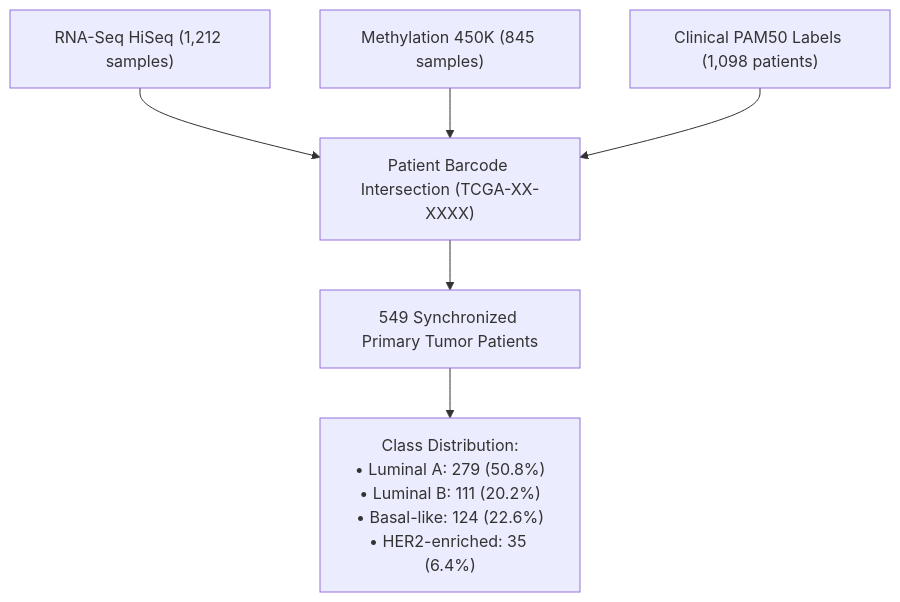
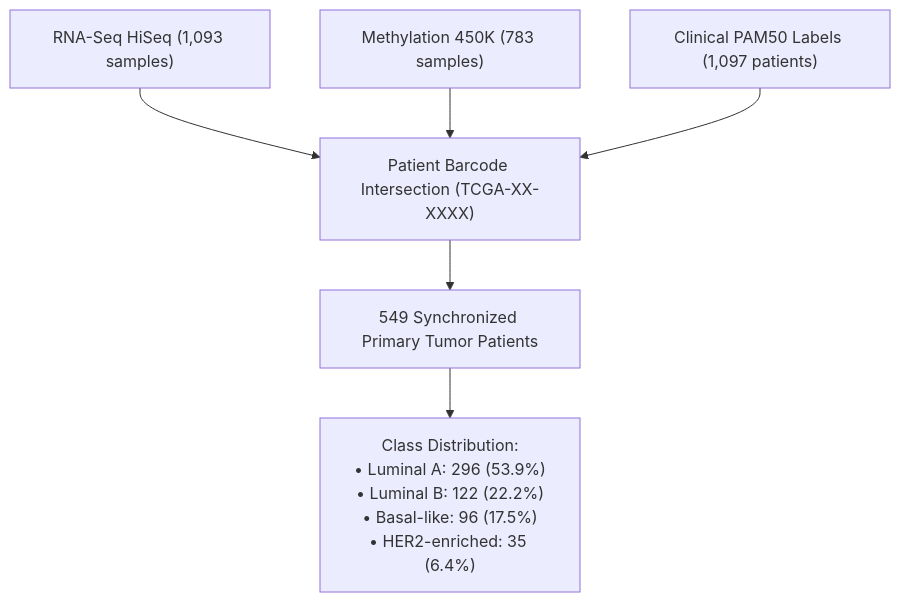
The diagram in data/README.md (Shayan-Nami/Breast-Cancer-MultiOmics), drawn with Mermaid before and after one commit. The commit also changed other lines of this file and 6 other files, not shown here.

````diff
--- a/data/README.md
+++ b/data/README.md
@@ -23,8 +23,8 @@
 ```mermaid
 flowchart TD
-    RNA["RNA-Seq HiSeq (1,212 samples)"] --> INT["Patient Barcode Intersection (TCGA-XX-XXXX)"]
-    METH["Methylation 450K (845 samples)"] --> INT
-    CLIN["Clinical PAM50 Labels (1,098 patients)"] --> INT
+    RNA["RNA-Seq HiSeq (1,093 samples)"] --> INT["Patient Barcode Intersection (TCGA-XX-XXXX)"]
+    METH["Methylation 450K (783 samples)"] --> INT
+    CLIN["Clinical PAM50 Labels (1,097 patients)"] --> INT
     INT --> FINAL["549 Synchronized Primary Tumor Patients"]
-    FINAL --> DIST["Class Distribution:<br/>• Luminal A: 279 (50.8%)<br/>• Luminal B: 111 (20.2%)<br/>• Basal-like: 124 (22.6%)<br/>• HER2-enriched: 35 (6.4%)"]
+    FINAL --> DIST["Class Distribution:<br/>• Luminal A: 296 (53.9%)<br/>• Luminal B: 122 (22.2%)<br/>• Basal-like: 96 (17.5%)<br/>• HER2-enriched: 35 (6.4%)"]
 ```
````
